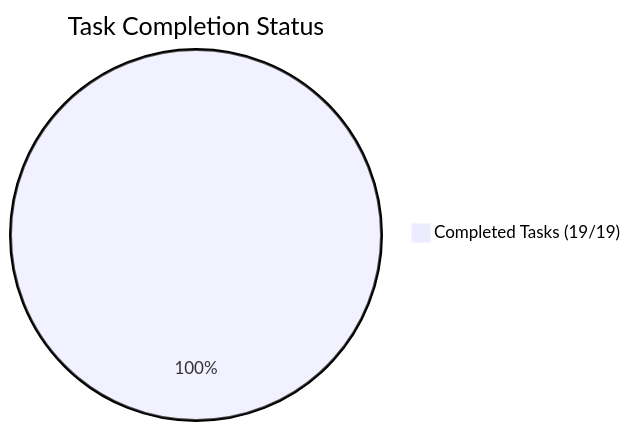
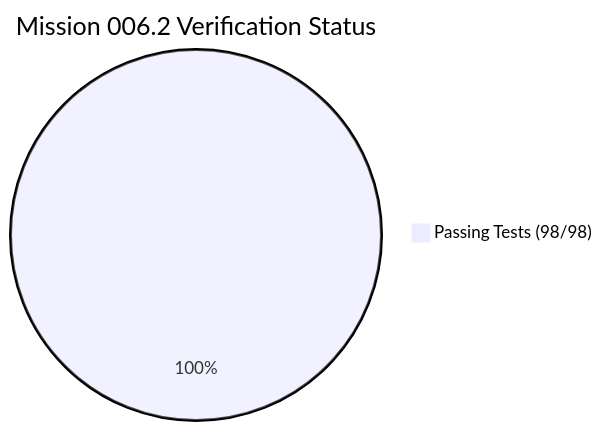
The diagram in MISSION_STATUS.md (Asterioxer/AccessGuard), drawn with Mermaid before and after one commit. The commit also changed other lines of this file and 20 other files, not shown here.

Commit message:
feat(cv): Mission 006.2 - unified inference architecture, genuine model execution, and evidence integrity

````diff
--- a/MISSION_STATUS.md
+++ b/MISSION_STATUS.md
@@ -13,4 +19,4 @@
 ```mermaid
-pie title Task Completion Status
-    "Completed Tasks (19/19)" : 100
+pie title Mission 006.2 Verification Status
+    "Passing Tests (98/98)" : 100
 ```
````
